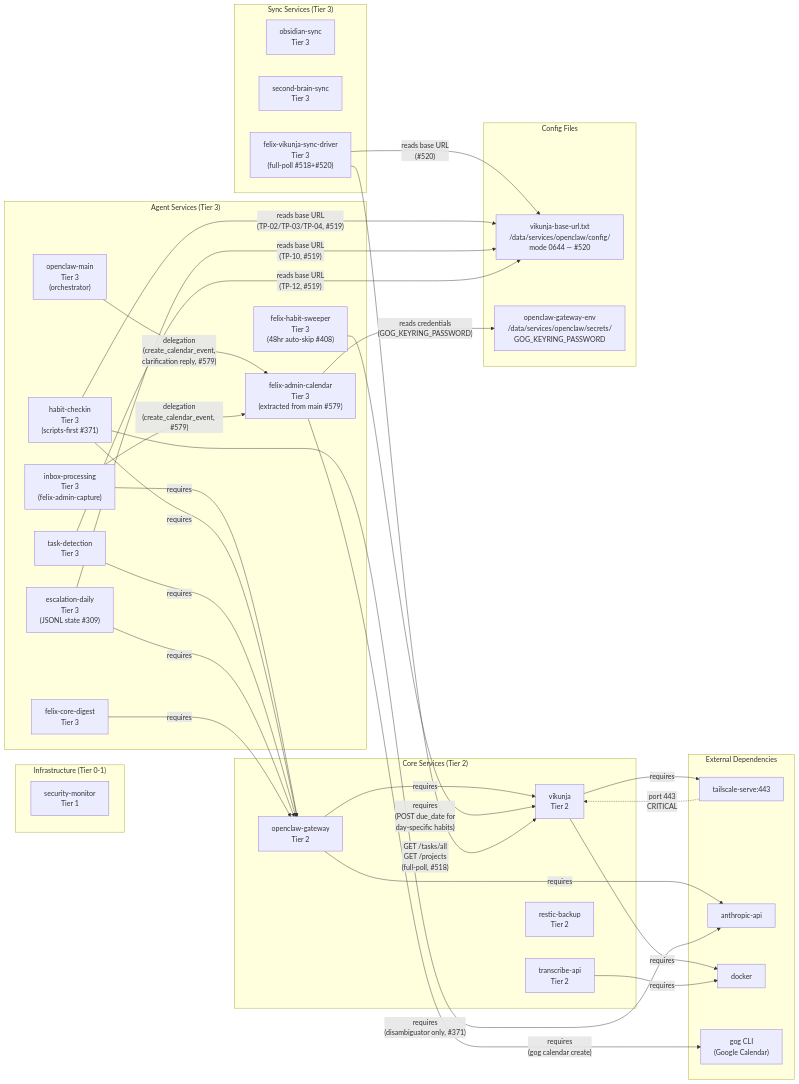
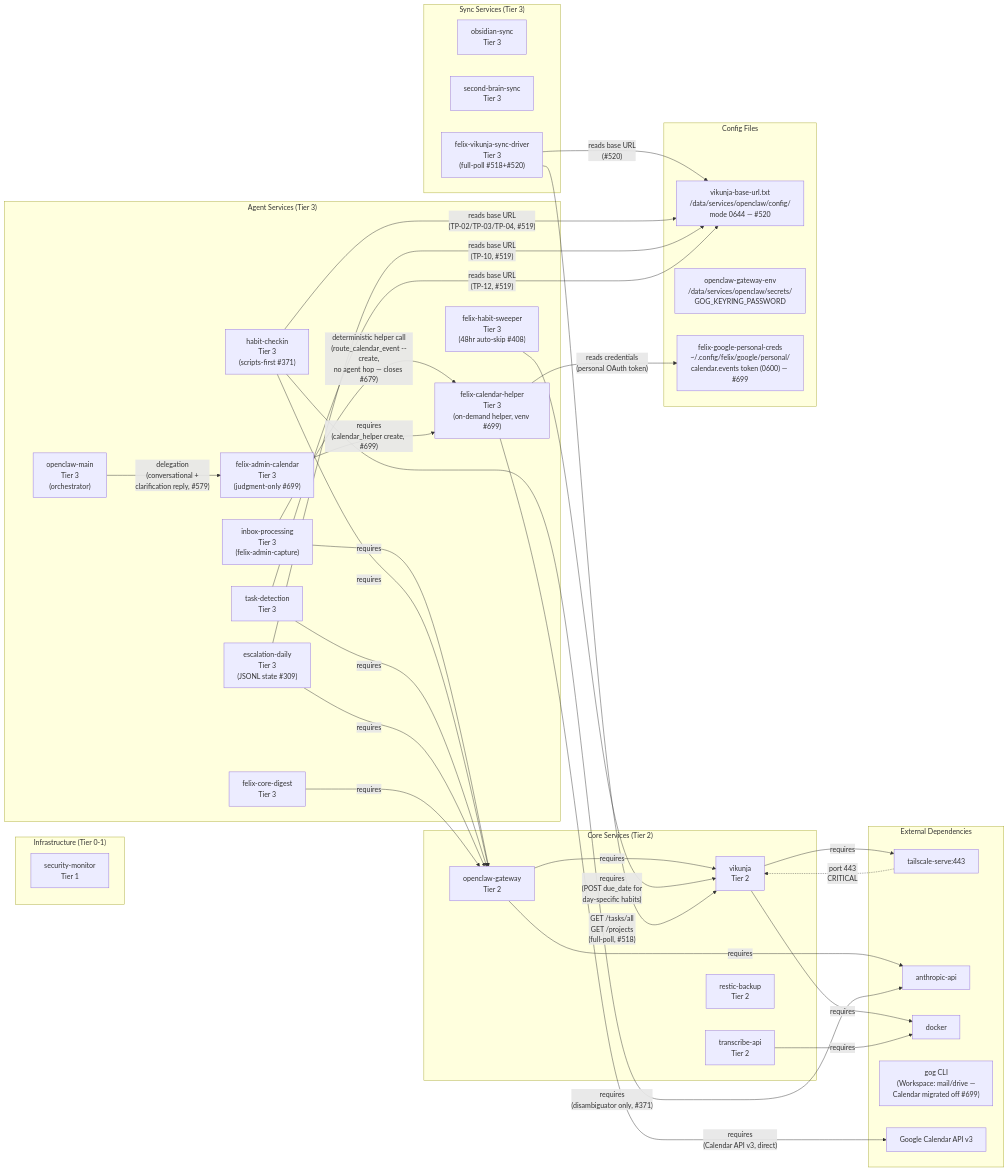
The diagram in docs/design/architecture/service-dependencies.view.md (kentonium3/kg-automation), drawn with Mermaid before and after one commit. The commit also changed other lines of this file, not shown here.

Commit message:
docs(felix-calendar-helper): refresh service-dependencies.view.md — Calendar surface off gog → helper→Google (closes #679 view sync)

````diff
--- a/docs/design/architecture/service-dependencies.view.md
+++ b/docs/design/architecture/service-dependencies.view.md
@@ -42,70 +49,74 @@
 ```mermaid
 graph LR
     subgraph Infrastructure["Infrastructure (Tier 0-1)"]
         security-monitor["security-monitor<br/>Tier 1"]
     end
 
     subgraph Core["Core Services (Tier 2)"]
         vikunja["vikunja<br/>Tier 2"]
         openclaw["openclaw-gateway<br/>Tier 2"]
         transcribe["transcribe-api<br/>Tier 2"]
         restic["restic-backup<br/>Tier 2"]
     end
 
     subgraph Agents["Agent Services (Tier 3)"]
         main["openclaw-main<br/>Tier 3<br/>(orchestrator)"]
         inbox["inbox-processing<br/>Tier 3<br/>(felix-admin-capture)"]
         habits["habit-checkin<br/>Tier 3<br/>(scripts-first #371)"]
         habitsweeper["felix-habit-sweeper<br/>Tier 3<br/>(48hr auto-skip #408)"]
         taskdet["task-detection<br/>Tier 3"]
         escalation["escalation-daily<br/>Tier 3<br/>(JSONL state #309)"]
-        calendar["felix-admin-calendar<br/>Tier 3<br/>(extracted from main #579)"]
+        calendar["felix-admin-calendar<br/>Tier 3<br/>(judgment-only #699)"]
+        calendar_helper["felix-calendar-helper<br/>Tier 3<br/>(on-demand helper, venv #699)"]
         digest["felix-core-digest<br/>Tier 3"]
     end
 
     subgraph Sync["Sync Services (Tier 3)"]
         obsidian["obsidian-sync<br/>Tier 3"]
         secondbrain["second-brain-sync<br/>Tier 3"]
         vikunja_sync["felix-vikunja-sync-driver<br/>Tier 3<br/>(full-poll #518+#520)"]
     end
 
     subgraph Config["Config Files"]
         url_config["vikunja-base-url.txt<br/>/data/services/openclaw/config/<br/>mode 0644 — #520"]
         gateway_env["openclaw-gateway-env<br/>/data/services/openclaw/secrets/<br/>GOG_KEYRING_PASSWORD"]
+        felix_google_creds["felix-google-personal-creds<br/>~/.config/felix/google/personal/<br/>calendar.events token (0600) — #699"]
     end
 
     subgraph External["External Dependencies"]
         tailscale["tailscale-serve:443"]
         anthropic["anthropic-api"]
         docker["docker"]
-        gog["gog CLI<br/>(Google Calendar)"]
+        gog["gog CLI<br/>(Workspace: mail/drive —<br/>Calendar migrated off #699)"]
+        google_cal_api["Google Calendar API v3"]
     end
 
     vikunja -->|"requires"| tailscale
     vikunja -->|"requires"| docker
     tailscale -.->|"port 443<br/>CRITICAL"| vikunja
 
     openclaw -->|"requires"| anthropic
     openclaw -->|"requires"| vikunja
 
     transcribe -->|"requires"| docker
 
     inbox -->|"requires"| openclaw
     habits -->|"requires"| openclaw
     habits -->|"requires<br/>(disambiguator only, #371)"| anthropic
     habitsweeper -->|"requires<br/>(POST due_date for<br/>day-specific habits)"| vikunja
     taskdet -->|"requires"| openclaw
     escalation -->|"requires"| openclaw
     digest -->|"requires"| openclaw
 
-    main -->|"delegation<br/>(create_calendar_event,<br/>clarification reply, #579)"| calendar
-    inbox -->|"delegation<br/>(create_calendar_event, #579)"| calendar
-    calendar -->|"requires<br/>(gog calendar create)"| gog
-    calendar -->|"reads credentials<br/>(GOG_KEYRING_PASSWORD)"| gateway_env
+    main -->|"delegation<br/>(conversational +<br/>clarification reply, #579)"| calendar
+    inbox -->|"deterministic helper call<br/>(route_calendar_event --create,<br/>no agent hop — closes #679)"| calendar_helper
+    calendar -->|"requires<br/>(calendar_helper create, #699)"| calendar_helper
+    calendar_helper -->|"requires<br/>(Calendar API v3, direct)"| google_cal_api
+    calendar_helper -->|"reads credentials<br/>(personal OAuth token)"| felix_google_creds
 
     vikunja_sync -->|"GET /tasks/all<br/>GET /projects<br/>(full-poll, #518)"| vikunja
     vikunja_sync -->|"reads base URL<br/>(#520)"| url_config
     habits -->|"reads base URL<br/>(TP-02/TP-03/TP-04, #519)"| url_config
     escalation -->|"reads base URL<br/>(TP-10, #519)"| url_config
     taskdet -->|"reads base URL<br/>(TP-12, #519)"| url_config
 ```
````
